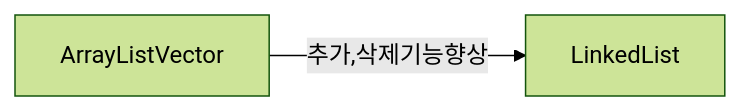
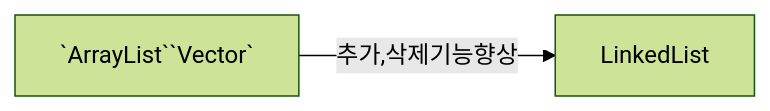
Before and after one commit to 023-dev/023-dev.github.io: the eighth of 8 diagrams in _posts/2024-11-14-java-collection-framework.md, drawn with Mermaid (forest theme).

Commit message:
update(post): Update post > java > collectoin framework

```diff
--- a/_posts/2024-11-14-java-collection-framework.md
+++ b/_posts/2024-11-14-java-collection-framework.md
@@ -696,4 +696,4 @@
 <div class="mermaid"> 
 graph LR
-    A[ArrayListVector] -- 추가,삭제기능향상 --> B[LinkedList]
+    A[`ArrayList``Vector`] -- 추가,삭제기능향상 --> B[LinkedList]
 </div>
```
